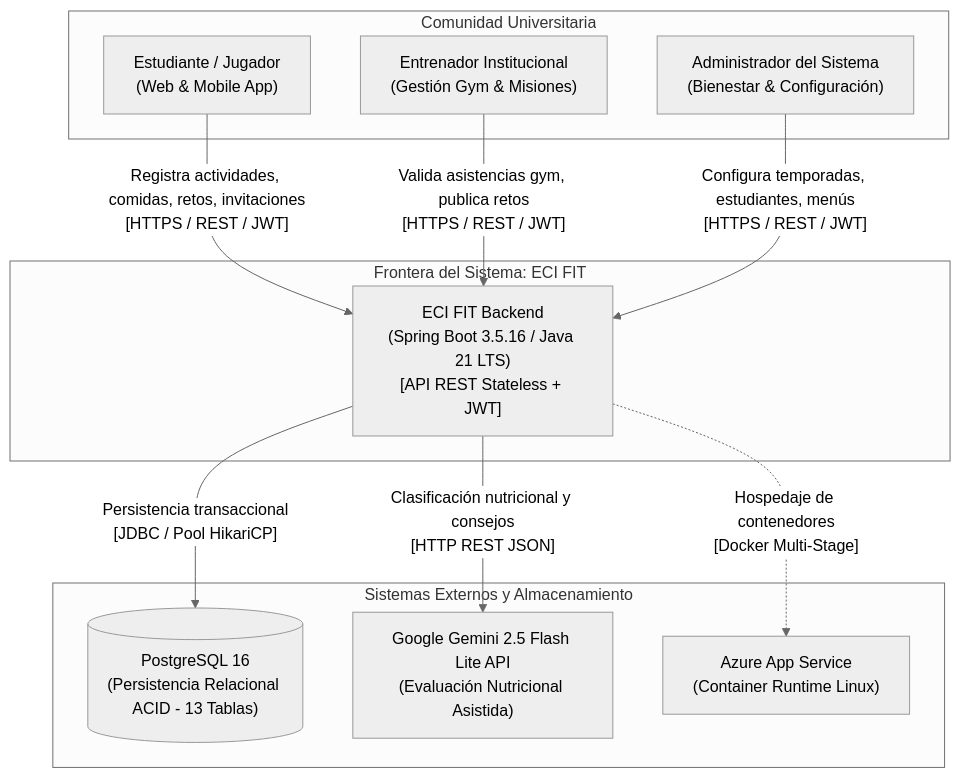
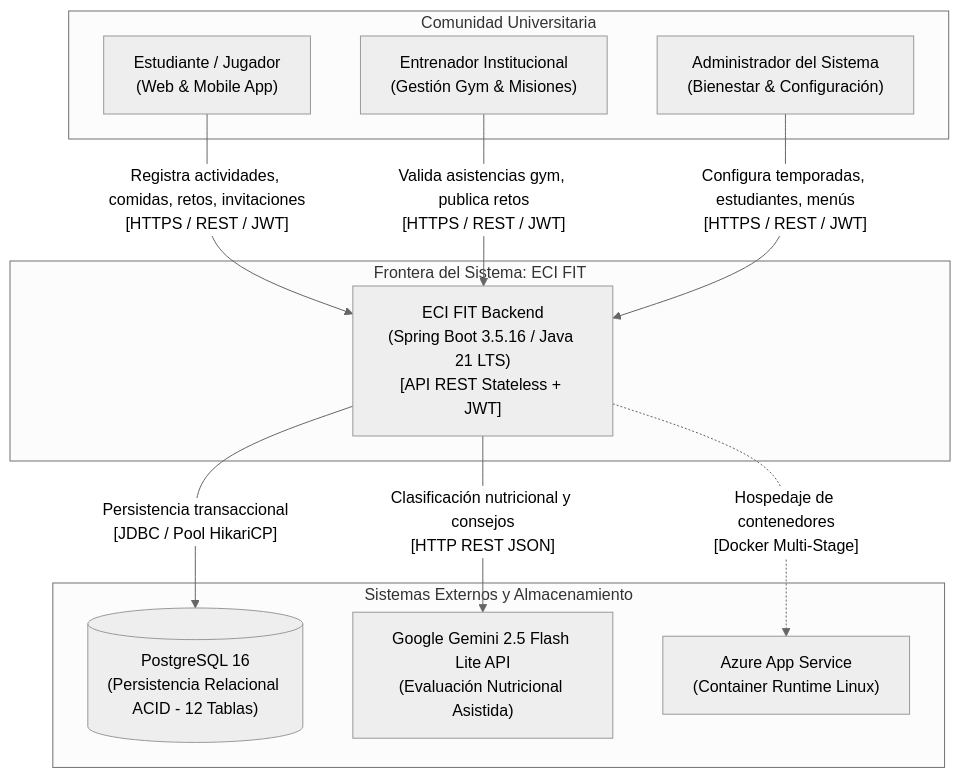
Before and after one commit to ECI-FIT/ecifit-backend: the first of 5 diagrams in docs/arquitectura-hld.md, drawn with Mermaid (neutral theme). The commit also changed other lines of this file and 1 other file, not shown here.

Commit message:
docs(arquitectura): calibrar HLD con 12 tablas, matriz 32-4-6=42 y sincronizar metricas

````diff
--- a/docs/arquitectura-hld.md
+++ b/docs/arquitectura-hld.md
@@ -26,26 +26,26 @@
 ```mermaid
 flowchart TD
     subgraph Actores["Comunidad Universitaria"]
         Estudiante["Estudiante / Jugador\n(Web & Mobile App)"]
         Entrenador["Entrenador Institucional\n(Gestión Gym & Misiones)"]
         Admin["Administrador del Sistema\n(Bienestar & Configuración)"]
     end
 
     subgraph Frontera["Frontera del Sistema: ECI FIT"]
         Backend["ECI FIT Backend\n(Spring Boot 3.5.16 / Java 21 LTS)\n[API REST Stateless + JWT]"]
     end
 
     subgraph Externos["Sistemas Externos y Almacenamiento"]
-        Postgres[("PostgreSQL 16\n(Persistencia Relacional ACID - 13 Tablas)")]
+        Postgres[("PostgreSQL 16\n(Persistencia Relacional ACID - 12 Tablas)")]
         GeminiAPI["Google Gemini 2.5 Flash Lite API\n(Evaluación Nutricional Asistida)"]
         AzureCloud["Azure App Service\n(Container Runtime Linux)"]
     end
 
     Estudiante -->|"Registra actividades, comidas, retos, invitaciones\n[HTTPS / REST / JWT]"| Backend
     Entrenador -->|"Valida asistencias gym, publica retos\n[HTTPS / REST / JWT]"| Backend
     Admin -->|"Configura temporadas, estudiantes, menús\n[HTTPS / REST / JWT]"| Backend
 
     Backend -->|"Persistencia transaccional\n[JDBC / Pool HikariCP]"| Postgres
     Backend -->|"Clasificación nutricional y consejos\n[HTTP REST JSON]"| GeminiAPI
     Backend -.->|"Hospedaje de contenedores\n[Docker Multi-Stage]"| AzureCloud
 ```
````
